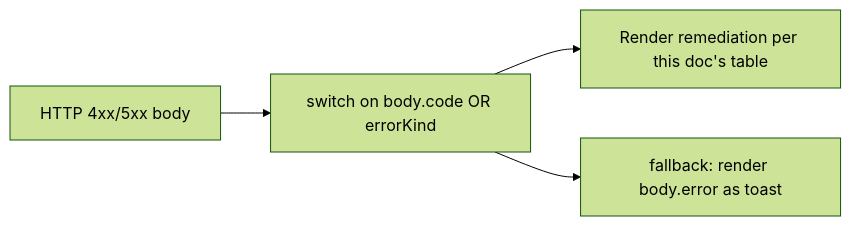
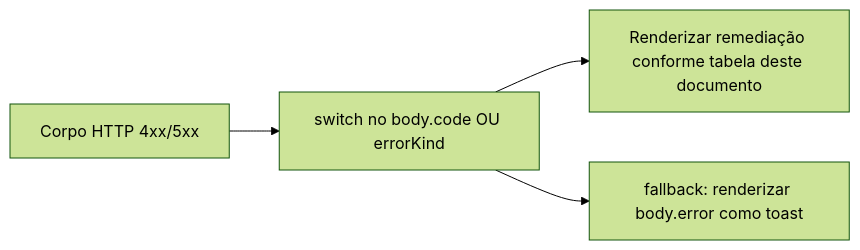
Before and after one commit to QwenLM/qwen-code-docs: the first of 2 diagrams in website/content/pt-BR/developers/daemon/18-error-taxonomy.md, drawn with Mermaid (forest theme). The commit also changed other lines of this file and 1077 other files, not shown here.

````diff
--- a/website/content/pt-BR/developers/daemon/18-error-taxonomy.md
+++ b/website/content/pt-BR/developers/daemon/18-error-taxonomy.md
@@ -124,6 +126,6 @@
 ```mermaid
 flowchart LR
-    A[HTTP 4xx/5xx body] --> B["switch on body.code OR errorKind"]
-    B --> C["Render remediation per this doc's table"]
-    B --> D["fallback: render body.error as toast"]
+    A["Corpo HTTP 4xx/5xx"] --> B["switch no body.code OU errorKind"]
+    B --> C["Renderizar remediação conforme tabela deste documento"]
+    B --> D["fallback: renderizar body.error como toast"]
 ```
````
